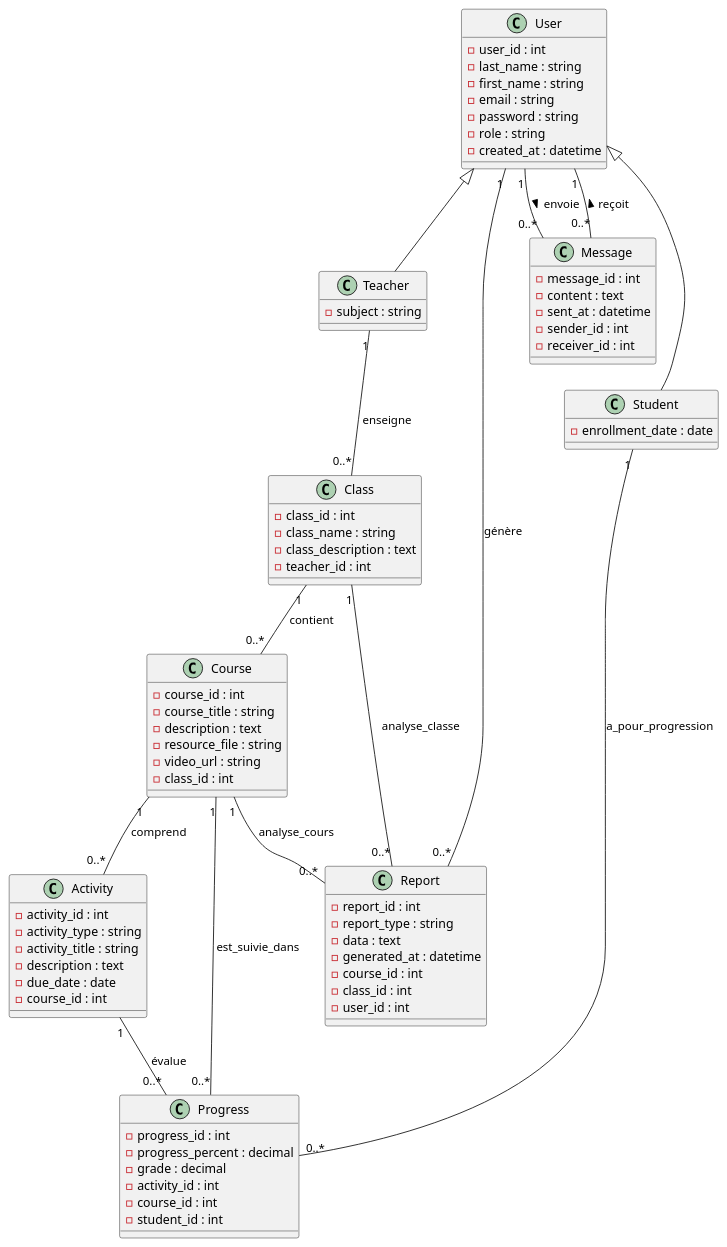
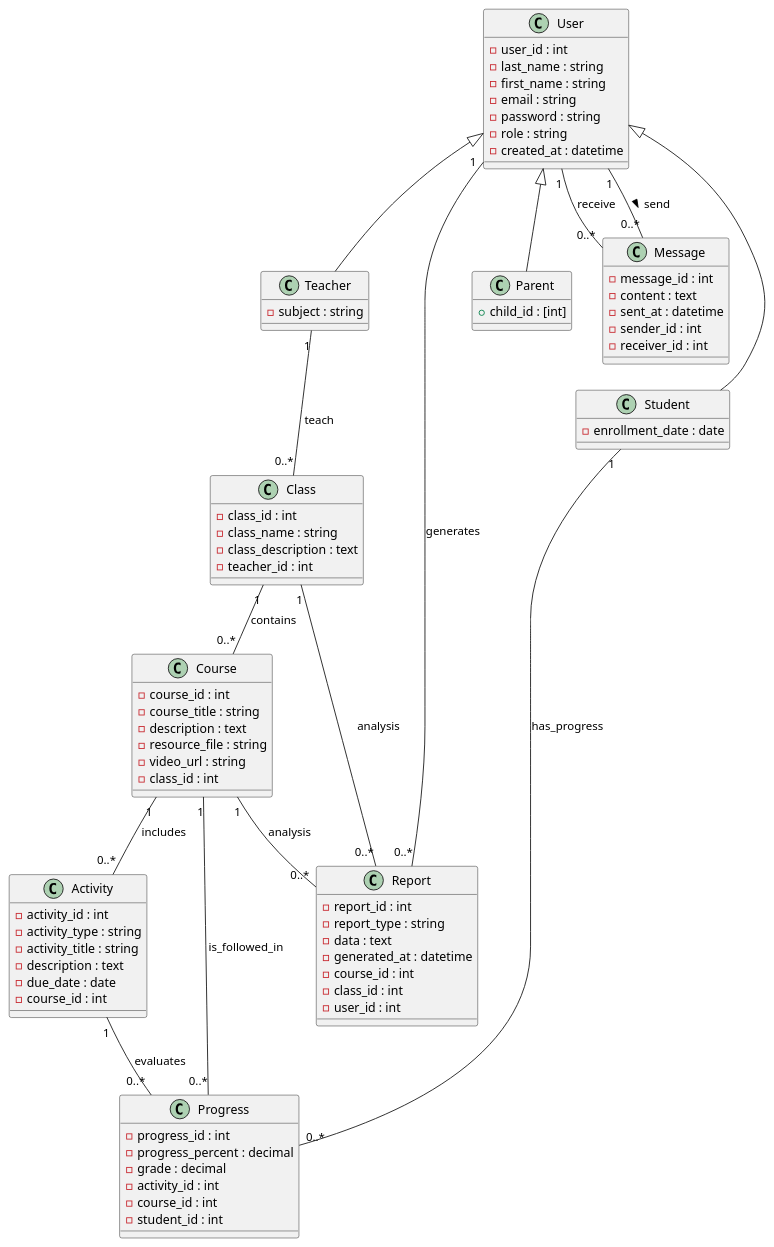
The diagram in Conception/classe/classe.puml (AurelienDillies/Primeo), drawn with PlantUML before and after one commit.

Commit message:
modification diagramme de classe

```diff
--- a/Conception/classe/classe.puml
+++ b/Conception/classe/classe.puml
@@ -1,96 +1,102 @@
 @startuml
 
 ' ======================
 ' Classes
 ' ======================
 
 class User {
   -user_id : int
   -last_name : string
   -first_name : string
   -email : string
   -password : string
   -role : string
   -created_at : datetime
 }
 
 class Teacher extends User {
   -subject : string
 }
 
 class Student extends User {
   -enrollment_date : date
 }
+
+class Parent extends User {
+  +child_id : [int]
+}
+
+
 
 class Class {
   -class_id : int
   -class_name : string
   -class_description : text
   -teacher_id : int
 }
 
 class Course {
   -course_id : int
   -course_title : string
   -description : text
   -resource_file : string
   -video_url : string
   -class_id : int
 }
 
 class Activity {
   -activity_id : int
   -activity_type : string
   -activity_title : string
   -description : text
   -due_date : date
   -course_id : int
 }
 
 class Message {
   -message_id : int
   -content : text
   -sent_at : datetime
   -sender_id : int
   -receiver_id : int
 }
 
 class Progress {
   -progress_id : int
   -progress_percent : decimal
   -grade : decimal
   -activity_id : int
   -course_id : int
   -student_id : int
 }
 
 class Report {
   -report_id : int
   -report_type : string
   -data : text
   -generated_at : datetime
   -course_id : int
   -class_id : int
   -user_id : int
 }
 
 ' ======================
 ' Relations
 ' ======================
 
-Teacher "1" -- "0..*" Class : enseigne
-Class "1" -- "0..*" Course : contient
-Course "1" -- "0..*" Activity : comprend
+Teacher "1" -- "0..*" Class : teach
+Class "1" -- "0..*" Course : contains
+Course "1" -- "0..*" Activity : includes
 
-User "1" -- "0..*" Message : envoie >
-User "1" -- "0..*" Message : < reçoit
+User "1" -- "0..*" Message : send >
+User "1" -- "0..*" Message : receive
 
-Student "1" -- "0..*" Progress : a_pour_progression
-Course "1" -- "0..*" Progress : est_suivie_dans
-Activity "1" -- "0..*" Progress : évalue
+Student "1" -- "0..*" Progress : has_progress
+Course "1" -- "0..*" Progress : is_followed_in
+Activity "1" -- "0..*" Progress : evaluates
 
-User "1" -- "0..*" Report : génère
-Class "1" -- "0..*" Report : analyse_classe
-Course "1" -- "0..*" Report : analyse_cours
+User "1" -- "0..*" Report : generates
+Class "1" -- "0..*" Report : analysis
+Course "1" -- "0..*" Report : analysis
 
 @enduml
```
